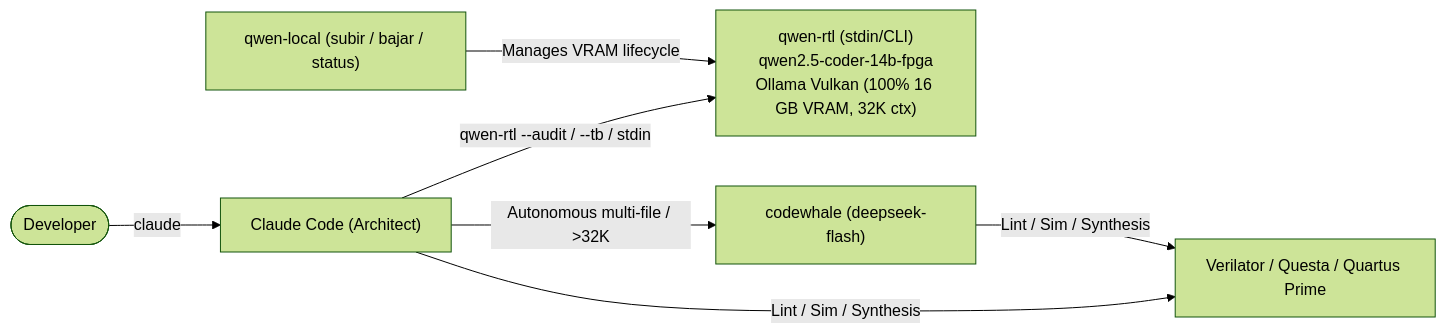
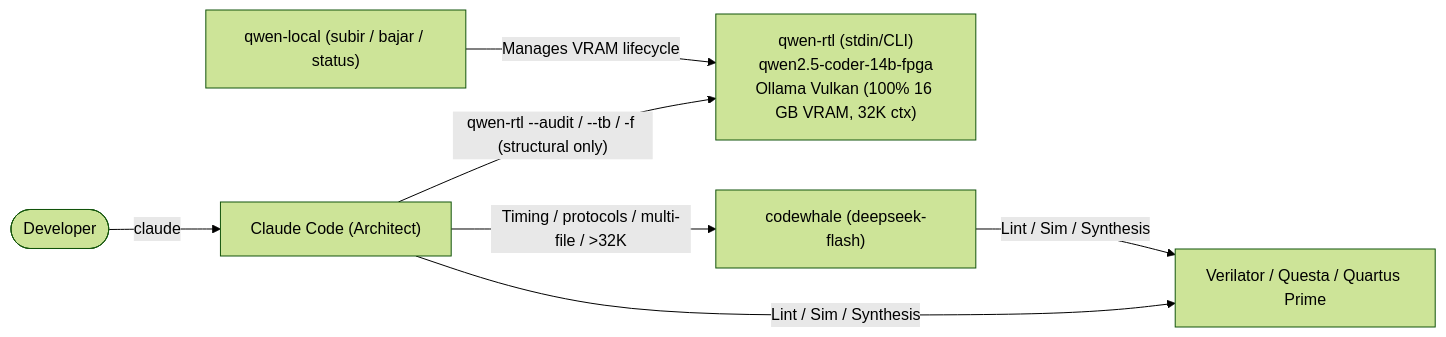
The diagram in README.md (DanimanX/9070FpgaIAWorkflow), drawn with Mermaid (forest theme) before and after one commit. The commit also changed other lines of this file and 3 other files, not shown here.

Commit message:
docs: restrict qwen-rtl to structural work and align CLAUDE.md routing

````diff
--- a/README.md
+++ b/README.md
@@ -29,9 +29,9 @@
 ```mermaid
 flowchart LR
     Dev(["Developer"]) -->|"claude"| Claude["Claude Code (Architect)"]
-    Claude -->|"qwen-rtl --audit / --tb / stdin"| QwenRTL["qwen-rtl (stdin/CLI)<br/>qwen2.5-coder-14b-fpga<br/>Ollama Vulkan (100% 16 GB VRAM, 32K ctx)"]
-    Claude -->|"Autonomous multi-file / >32K"| CW["codewhale (deepseek-flash)"]
+    Claude -->|"qwen-rtl --audit / --tb / -f (structural only)"| QwenRTL["qwen-rtl (stdin/CLI)<br/>qwen2.5-coder-14b-fpga<br/>Ollama Vulkan (100% 16 GB VRAM, 32K ctx)"]
+    Claude -->|"Timing / protocols / multi-file / >32K"| CW["codewhale (deepseek-flash)"]
     Ctrl["qwen-local (subir / bajar / status)"] -->|"Manages VRAM lifecycle"| QwenRTL
     Claude -->|"Lint / Sim / Synthesis"| Tools["Verilator / Questa / Quartus Prime"]
     CW -->|"Lint / Sim / Synthesis"| Tools
 ```
````
